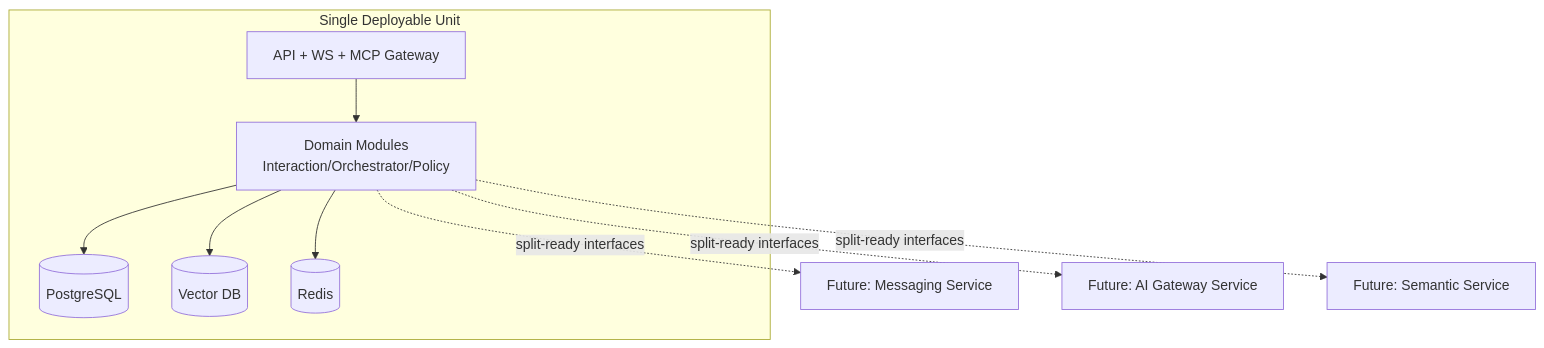
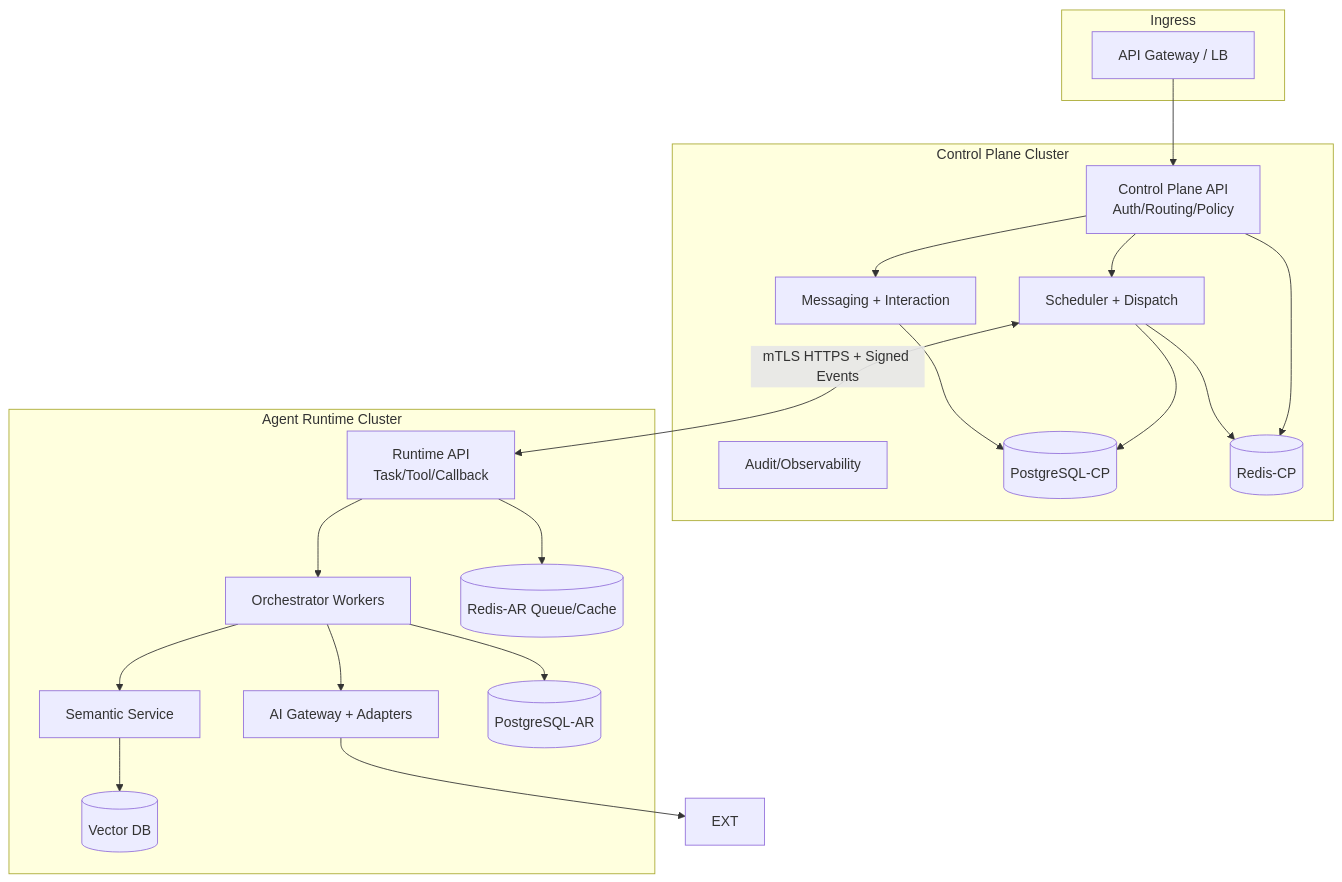
The second of 2 diagrams in docs/plans/2026-02-14-nexis-architecture-design.md (schorsch888/Nexis), drawn with Mermaid before and after one commit. The commit also changed other lines of this file, not shown here.

First line of the commit message:
docs: update architecture to split deployment (Control Plane + Agent Runtime)

````diff
--- a/docs/plans/2026-02-14-nexis-architecture-design.md
+++ b/docs/plans/2026-02-14-nexis-architecture-design.md
@@ -65,19 +76,43 @@
 ```mermaid
 flowchart TB
-    subgraph Runtime[Single Deployable Unit]
-      API[API + WS + MCP Gateway]
-      APP[Domain Modules\nInteraction/Orchestrator/Policy]
-      STORE[(PostgreSQL)]
-      VEC[(Vector DB)]
-      CACHE[(Redis)]
+    subgraph Edge[Ingress]
+      GW[API Gateway / LB]
     end
 
-    API --> APP
-    APP --> STORE
-    APP --> VEC
-    APP --> CACHE
+    subgraph CPCluster[Control Plane Cluster]
+      CPAPI[Control Plane API\nAuth/Routing/Policy]
+      CPMSG[Messaging + Interaction]
+      CPSCH[Scheduler + Dispatch]
+      CPAUD[Audit/Observability]
+      CPDB[(PostgreSQL-CP)]
+      CPCA[(Redis-CP)]
+    end
 
-    APP -. split-ready interfaces .-> FUT1[Future: Messaging Service]
-    APP -. split-ready interfaces .-> FUT2[Future: AI Gateway Service]
-    APP -. split-ready interfaces .-> FUT3[Future: Semantic Service]
+    subgraph ARCluster[Agent Runtime Cluster]
+      ARAPI[Runtime API\nTask/Tool/Callback]
+      ARO[Orchestrator Workers]
+      ARGW[AI Gateway + Adapters]
+      ARSEM[Semantic Service]
+      ARDB[(PostgreSQL-AR)]
+      ARV[(Vector DB)]
+      ARCA[(Redis-AR Queue/Cache)]
+    end
+
+    GW --> CPAPI
+    CPAPI --> CPMSG
+    CPAPI --> CPSCH
+    CPSCH --> CPDB
+    CPMSG --> CPDB
+    CPAPI --> CPCA
+    CPSCH --> CPCA
+
+    CPSCH <-->|mTLS HTTPS + Signed Events| ARAPI
+    ARAPI --> ARO
+    ARO --> ARGW
+    ARO --> ARSEM
+    ARSEM --> ARV
+    ARO --> ARDB
+    ARAPI --> ARCA
+
+    ARGW --> EXT
 ```
````
